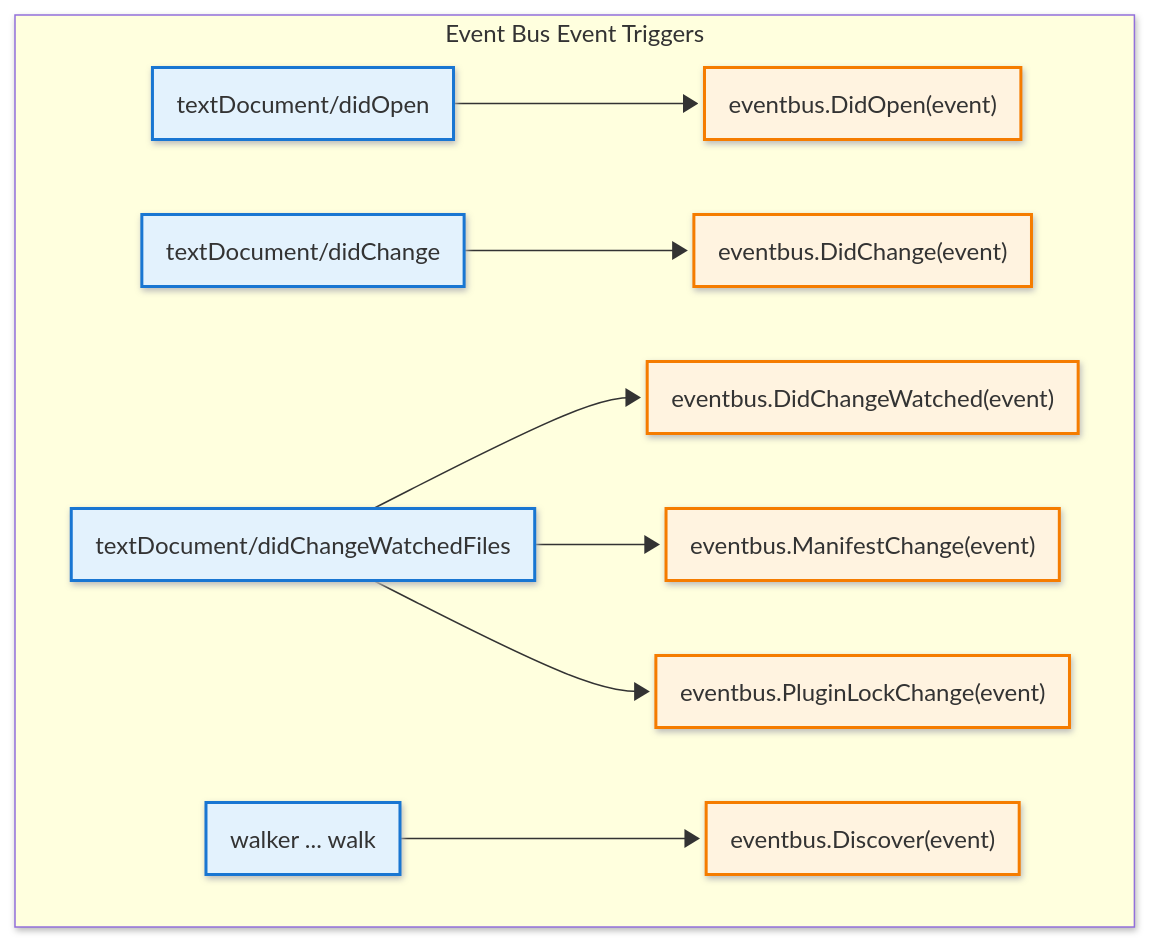
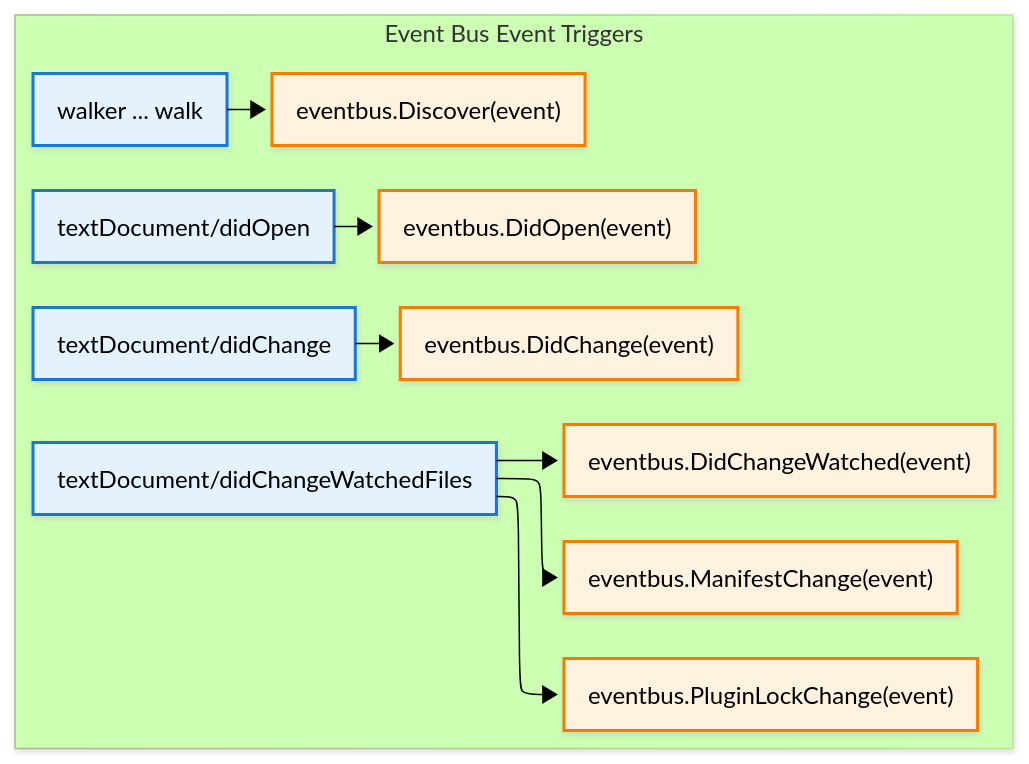
Before and after one commit to opentofu/tofu-ls: the sixth of 6 diagrams in docs/architecture.md, drawn with Mermaid. The commit also changed other lines of this file, not shown here.

Commit message:
Architecture.md colors and themeing

````diff
--- a/docs/architecture.md
+++ b/docs/architecture.md
@@ -414,39 +414,44 @@
 ```mermaid
 ---
 config:
-  theme: mc
+  theme: forest
   look: neo
+  layout: elk
+  themeVariables:
+    darkMode: true
+  flowchart:
+    curve: basis
 ---
 flowchart LR
  subgraph subGraph0["Event Bus Event Triggers"]
     direction LR
         EDO["eventbus.DidOpen(event)"]
         TDO["textDocument/didOpen"]
         EDC["eventbus.DidChange(event)"]
         TDC["textDocument/didChange"]
         EDCW["eventbus.DidChangeWatched(event)"]
         TDCWF["textDocument/didChangeWatchedFiles"]
         EMC["eventbus.ManifestChange(event)"]
         EPLC["eventbus.PluginLockChange(event)"]
         ED["eventbus.Discover(event)"]
         WW["walker ... walk"]
   end
     TDO --> EDO
     TDC --> EDC
     TDCWF --> EDCW & EMC & EPLC
     WW --> ED
 
      EDO:::event
      TDO:::trigger
      EDC:::event
      TDC:::trigger
      EDCW:::event
      TDCWF:::trigger
      EMC:::event
      EPLC:::event
      ED:::event
      WW:::trigger
     classDef trigger fill:#e3f2fd,stroke:#1976d2,stroke-width:2px
     classDef event fill:#fff3e0,stroke:#f57c00,stroke-width:2px
     classDef title fill:#ffffff,stroke:#333,stroke-width:2px,font-weight:bold,font-size:16px
 ```
````
